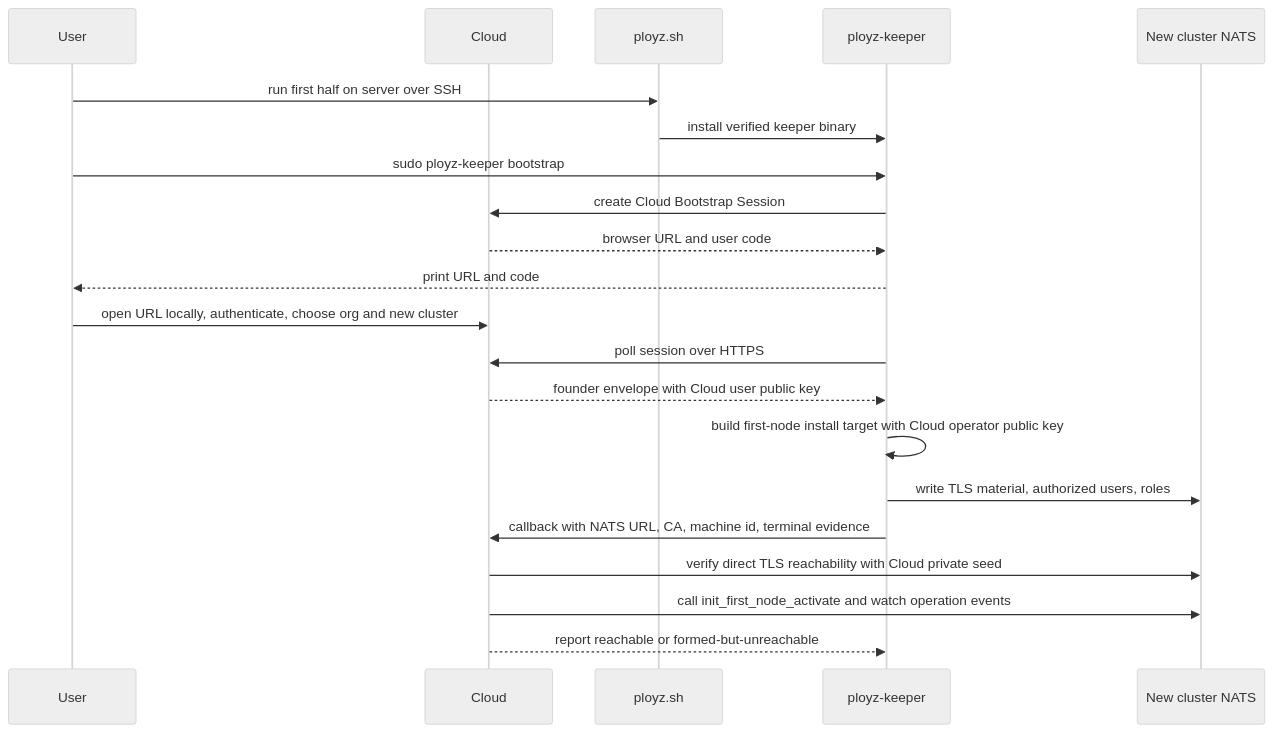
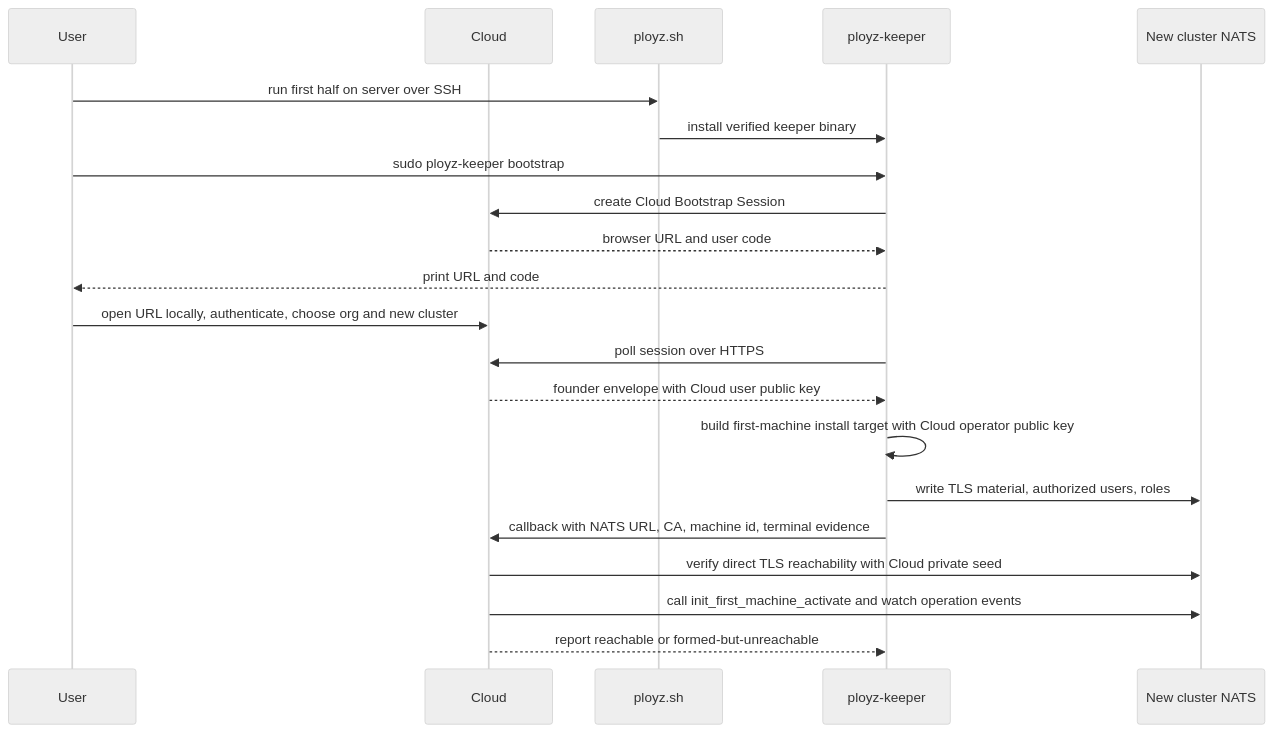
Before and after one commit to getployz/ployz: the third of 5 diagrams in docs/plans/2026-06-26-001-feat-cloud-bootstrap-token-plan.md, drawn with Mermaid (neutral theme). The commit also changed other lines of this file and 201 other files, not shown here.

````diff
--- a/docs/plans/2026-06-26-001-feat-cloud-bootstrap-token-plan.md
+++ b/docs/plans/2026-06-26-001-feat-cloud-bootstrap-token-plan.md
@@ -219,24 +219,24 @@
 ```mermaid
 sequenceDiagram
   participant User
   participant Cloud
   participant Script as ployz.sh
   participant Keeper as ployz-keeper
   participant NATS as New cluster NATS
 
   User->>Script: run first half on server over SSH
   Script->>Keeper: install verified keeper binary
   User->>Keeper: sudo ployz-keeper bootstrap
   Keeper->>Cloud: create Cloud Bootstrap Session
   Cloud-->>Keeper: browser URL and user code
   Keeper-->>User: print URL and code
   User->>Cloud: open URL locally, authenticate, choose org and new cluster
   Keeper->>Cloud: poll session over HTTPS
   Cloud-->>Keeper: founder envelope with Cloud user public key
-  Keeper->>Keeper: build first-node install target with Cloud operator public key
+  Keeper->>Keeper: build first-machine install target with Cloud operator public key
   Keeper->>NATS: write TLS material, authorized users, roles
   Keeper->>Cloud: callback with NATS URL, CA, machine id, terminal evidence
   Cloud->>NATS: verify direct TLS reachability with Cloud private seed
-  Cloud->>NATS: call init_first_node_activate and watch operation events
+  Cloud->>NATS: call init_first_machine_activate and watch operation events
   Cloud-->>Keeper: report reachable or formed-but-unreachable
 ```
````
